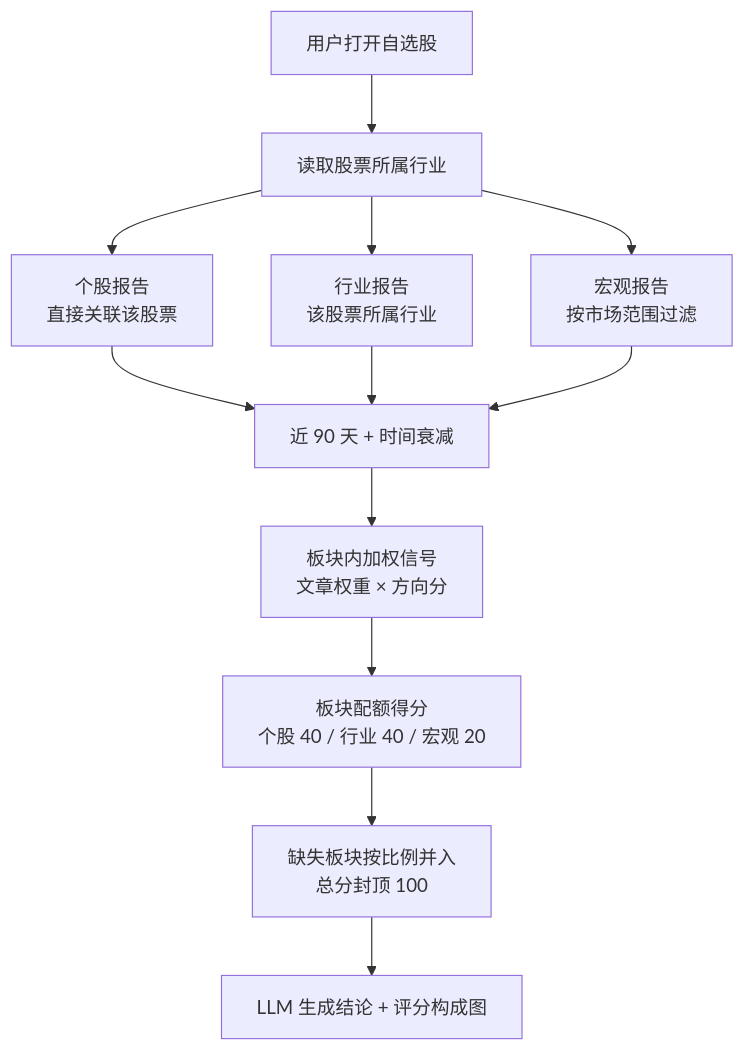
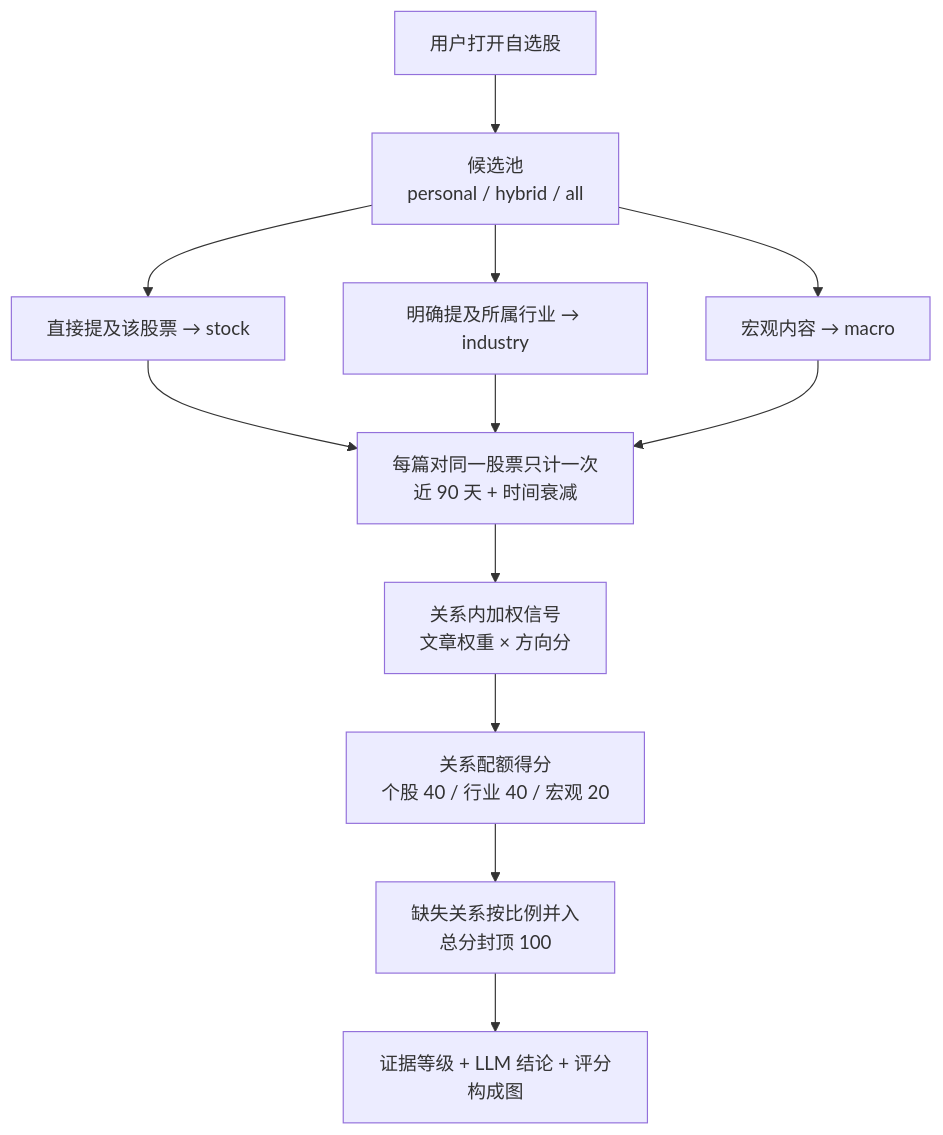
Before and after one commit to niefy/research-scout-agent: the fourth of 4 diagrams in README.md, drawn with Mermaid. The commit also changed other lines of this file and 71 other files, not shown here.

````diff
--- a/README.md
+++ b/README.md
@@ -295,16 +301,16 @@
 ```mermaid
 flowchart TD
-    A["用户打开自选股"] --> B["读取股票所属行业"]
-    B --> C1["个股报告<br/>直接关联该股票"]
-    B --> C2["行业报告<br/>该股票所属行业"]
-    B --> C3["宏观报告<br/>按市场范围过滤"]
+    A["用户打开自选股"] --> B["候选池<br/>personal / hybrid / all"]
+    B --> C1["直接提及该股票 → stock"]
+    B --> C2["明确提及所属行业 → industry"]
+    B --> C3["宏观内容 → macro"]
 
-    C1 --> D["近 90 天 + 时间衰减"]
+    C1 --> D["每篇对同一股票只计一次<br/>近 90 天 + 时间衰减"]
     C2 --> D
     C3 --> D
 
-    D --> E["板块内加权信号<br/>文章权重 × 方向分"]
-    E --> F["板块配额得分<br/>个股 40 / 行业 40 / 宏观 20"]
-    F --> G["缺失板块按比例并入<br/>总分封顶 100"]
-    G --> H["LLM 生成结论 + 评分构成图"]
+    D --> E["关系内加权信号<br/>文章权重 × 方向分"]
+    E --> F["关系配额得分<br/>个股 40 / 行业 40 / 宏观 20"]
+    F --> G["缺失关系按比例并入<br/>总分封顶 100"]
+    G --> H["证据等级 + LLM 结论 + 评分构成图"]
 ```
````
